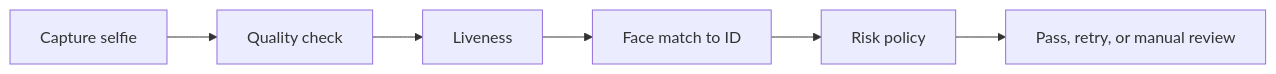
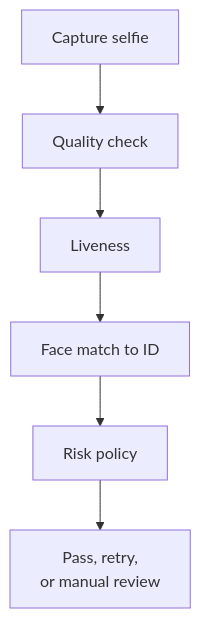
The diagram in docs/22-case-studies.md (Nivratti/ekyc-face-liveness-playbook), drawn with Mermaid before and after one commit. The commit also changed 31 other files, not shown here.

Commit message:
docs: improve mermaid diagram readability by converting wide flows to vertical layouts

````diff
--- a/docs/22-case-studies.md
+++ b/docs/22-case-studies.md
@@ -25,8 +25,8 @@
 ```mermaid
-flowchart LR
+flowchart TB
     A[Capture selfie] --> B[Quality check]
     B --> C[Liveness]
     C --> D[Face match to ID]
     D --> E[Risk policy]
-    E --> F[Pass, retry, or manual review]
+    E --> F[Pass, retry,<br/>or manual review]
 ```
````
